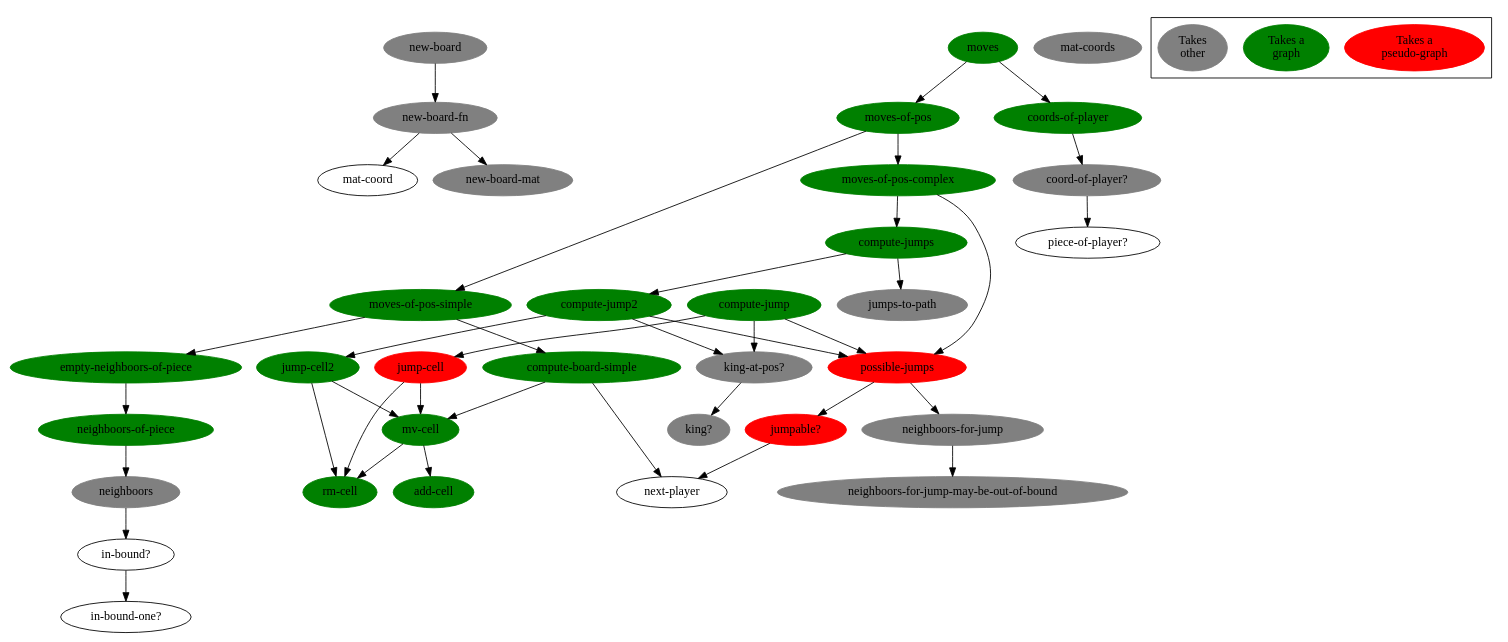
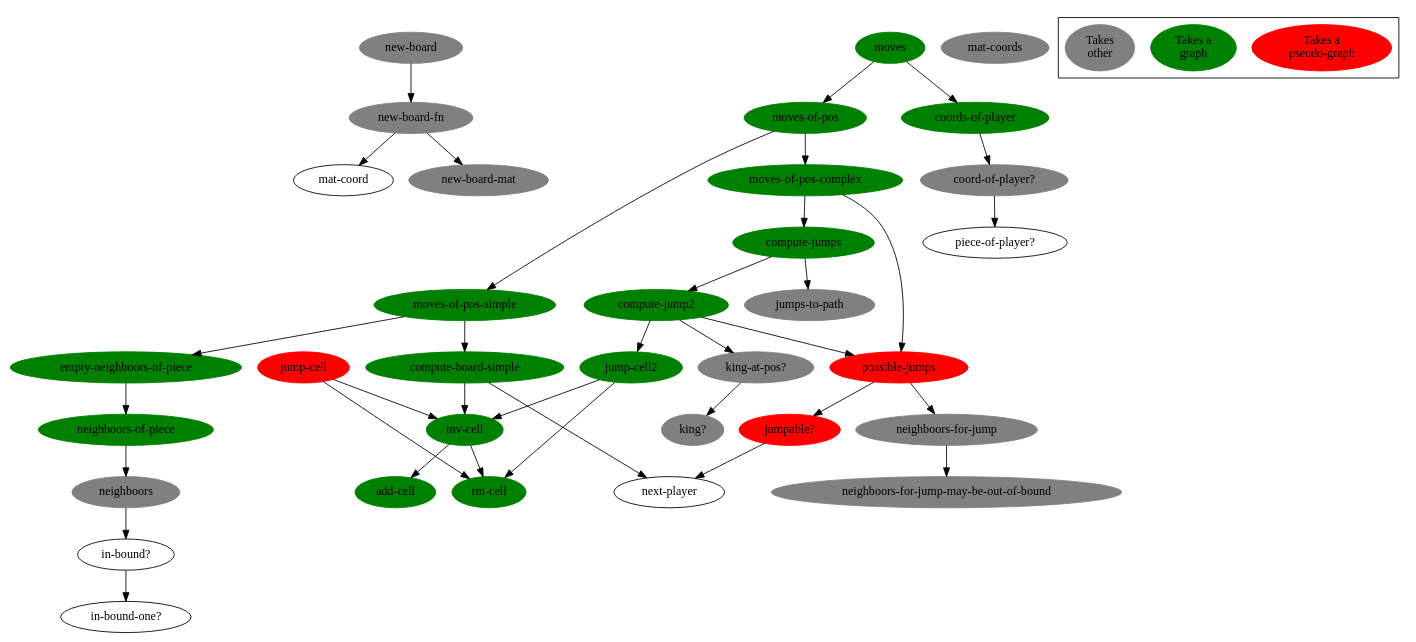
Before and after one commit to denlab/clojure-plays-checkers: the diagram in doc/function-graph-detailled.dot, drawn with Graphviz. The commit also changed 1 other file, not shown here.

Commit message:
refacto-in-progress: removed compute-jump and jump-cell

```diff
--- a/doc/function-graph-detailled.dot
+++ b/doc/function-graph-detailled.dot
@@ -1,123 +1,117 @@
 digraph funtions {
 
 /******************************************************************************
  *                         edges                                              *         
  ******************************************************************************/
 
         "new-board-fn" -> "mat-coord";
         "new-board-fn" -> "new-board-mat";
         
         "new-board" -> "new-board-fn";
 
         "in-bound?" -> "in-bound-one?";
 
         "neighboors" -> "in-bound?";
 
         "neighboors-of-piece" -> "neighboors";
 
         "empty-neighboors-of-piece" -> "neighboors-of-piece";
 
         "mv-cell" -> "rm-cell";
         "mv-cell" -> "add-cell";
 
         "compute-board-simple" -> "mv-cell";
         "compute-board-simple" -> "next-player";
 
         "moves-of-pos-simple" -> "compute-board-simple";
         "moves-of-pos-simple" ->  "empty-neighboors-of-piece";
         
         "neighboors-for-jump" -> "neighboors-for-jump-may-be-out-of-bound";
 
         "jumpable?" -> "next-player";
 
         "possible-jumps" -> "jumpable?";
         "possible-jumps" -> "neighboors-for-jump";
 
         "jump-cell" -> "rm-cell";
         "jump-cell" -> "mv-cell";
 
         "jump-cell2" -> "rm-cell";
         "jump-cell2" -> "mv-cell";
 
         "king-at-pos?" -> "king?";
 
-        "compute-jump" -> "jump-cell";
-        "compute-jump" -> "possible-jumps";
-        "compute-jump" -> "king-at-pos?";
-
         "compute-jump2" -> "jump-cell2";
         "compute-jump2" -> "possible-jumps";
         "compute-jump2" -> "king-at-pos?";
 
         "compute-jumps" -> "compute-jump2";
         "compute-jumps" -> "jumps-to-path";
 
         "moves-of-pos-complex" -> "compute-jumps";
         "moves-of-pos-complex" -> "possible-jumps";
 
         "moves-of-pos" -> "moves-of-pos-simple";
         "moves-of-pos" -> "moves-of-pos-complex";
 
         "coord-of-player?" -> "piece-of-player?";
 
         "coords-of-player" -> "coord-of-player?";
 
         "moves" -> "moves-of-pos";
         "moves" -> "coords-of-player";
 
 /******************************************************************************
  *                         nodes                                              *         
  ******************************************************************************/
 
         "moves"[bgcolor=green color=green style=filled];
         "coords-of-player"[bgcolor=green color=green style=filled];
         "moves-of-pos"[bgcolor=green color=green style=filled];
         "moves-of-pos-complex"[bgcolor=green color=green style=filled];
         "moves-of-pos-simple"[bgcolor=green color=green style=filled];
         "compute-board-simple"[bgcolor=green color=green style=filled];
         "mv-cell"[bgcolor=green color=green style=filled];
         "add-cell"[bgcolor=green color=green style=filled];
         "rm-cell"[bgcolor=green color=green style=filled];
         "empty-neighboors-of-piece"[bgcolor=green color=green style=filled];
         "neighboors-of-piece"[bgcolor=green color=green style=filled];
-
-        "compute-jump"[bgcolor=green color=green style=filled];
 
         "compute-jump2"[bgcolor=green color=green style=filled];
 
         "jump-cell"[bgcolor=red color=red style=filled];
         "jump-cell2"[bgcolor=green color=green style=filled];
         "possible-jumps"[bgcolor=red color=red style=filled];
         "jumpable?"[bgcolor=red color=red style=filled];
 
         "coord-of-player?"[bgcolor=grey color=grey style=filled];
         "jumps-to-path"[bgcolor=grey color=grey style=filled];
         "king-at-pos?"[bgcolor=grey color=grey style=filled];
         "king?"[bgcolor=grey color=grey style=filled];
         "neighboors-for-jump"[bgcolor=grey color=grey style=filled];
         "neighboors-for-jump-may-be-out-of-bound"[bgcolor=grey color=grey style=filled];
         "neighboors"[bgcolor=grey color=grey style=filled];
         "new-board"[bgcolor=grey color=grey style=filled];
         "new-board-fn"[bgcolor=grey color=grey style=filled];
         "new-board-mat"[bgcolor=grey color=grey style=filled];
         "mat-coords"[bgcolor=grey color=grey style=filled];
 
 
         "compute-jumps"[bgcolor=green color=green style=filled];
 
 /******************************************************************************
  *                         legend                                             *         
  ******************************************************************************/
 
         "Takes a\npseudo-graph"[bgcolor=red color=red style=filled];
         "Takes a\ngraph"[bgcolor=green color=green style=filled];
 //        "Takes\nother"[bgcolor="#94003f" color="#94003f" style=filled];
         "Takes\nother"[bgcolor=grey color=grey style=filled];
 
         subgraph "cluster-legend" {
                 "Takes a\npseudo-graph";
                 "Takes a\ngraph";
                 "Takes\nother";
         }
 
 }
```
